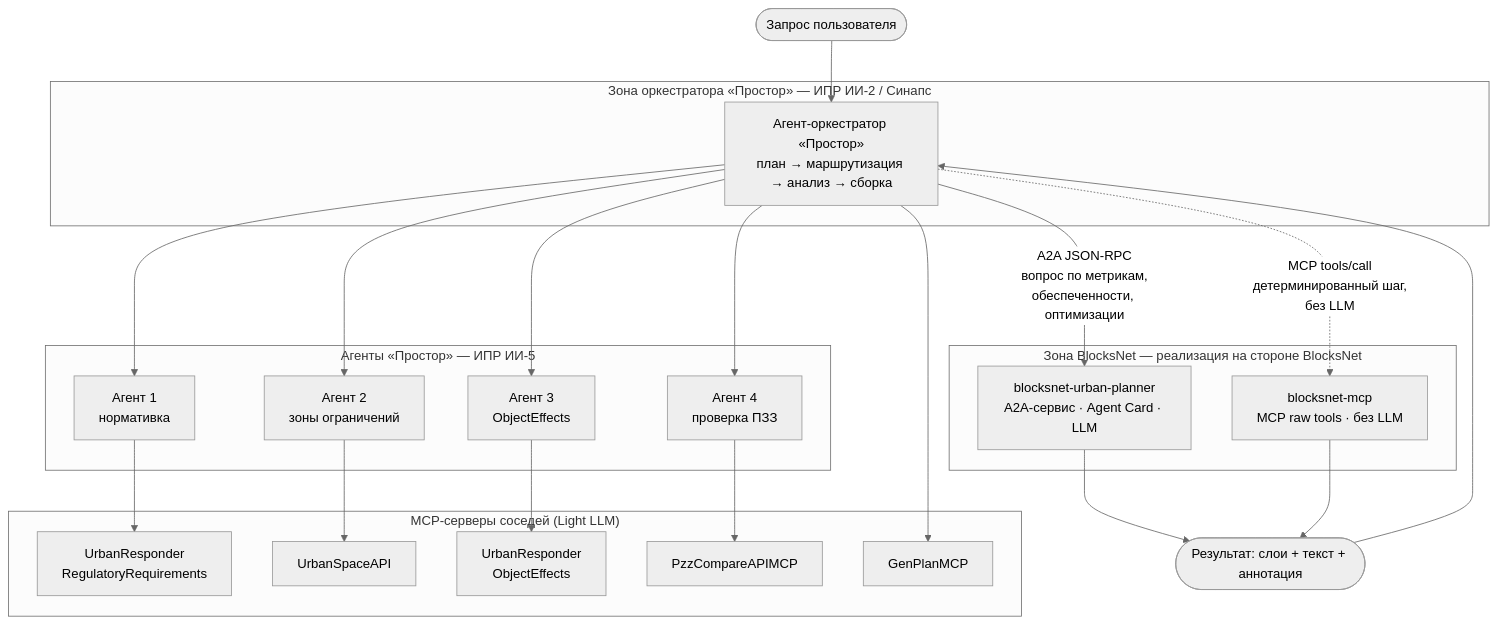
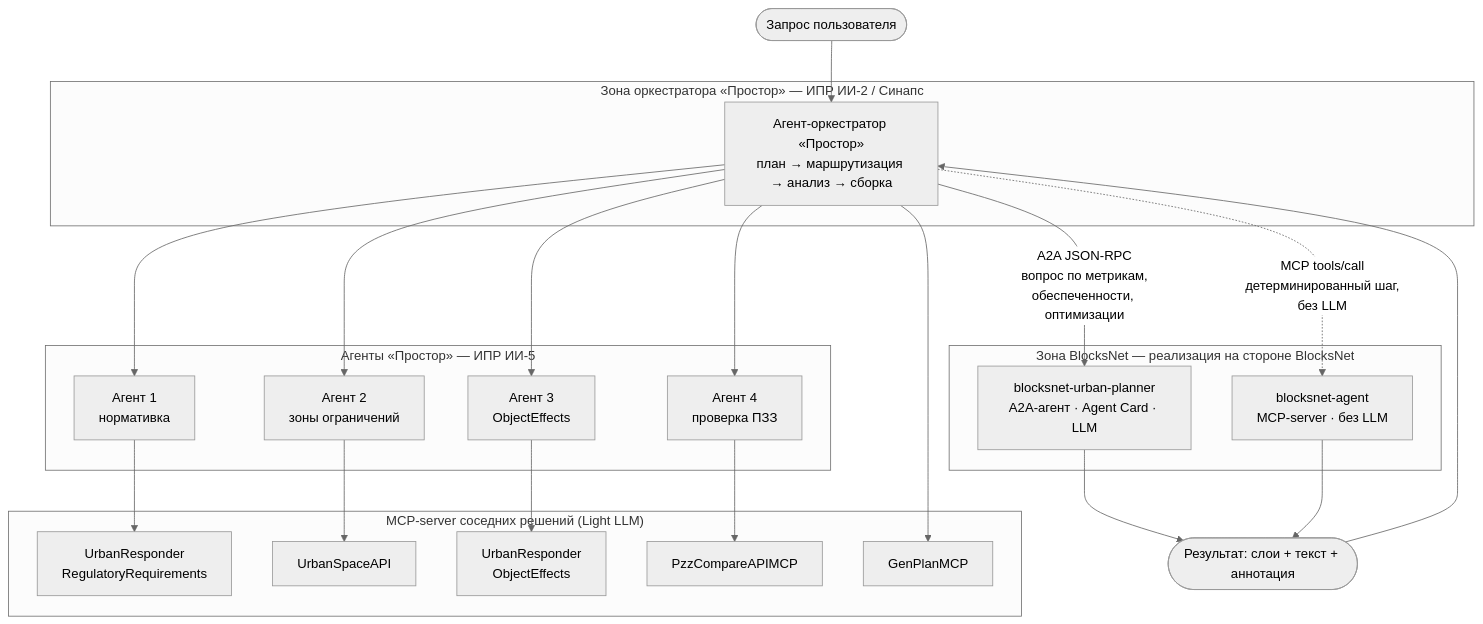
Before and after one commit to Eynor-K/blocksnet-agent: the first of 5 diagrams in docs/dev/architecture/mas_topology.md, drawn with Mermaid (neutral theme). The commit also changed other lines of this file and 33 other files, not shown here.

Commit message:
Update documentation and structure for blocksnet-agent; rename MCP-server and A2A-service references to align with new architecture. Add .drawio.bkp to .gitignore.

````diff
--- a/docs/dev/architecture/mas_topology.md
+++ b/docs/dev/architecture/mas_topology.md
@@ -16,41 +16,41 @@
 ```mermaid
 flowchart TB
     U(["Запрос пользователя"]) --> ORCH
 
     subgraph PROSTOR["Зона оркестратора «Простор» — ИПР ИИ-2 / Синапс"]
         ORCH["Агент-оркестратор «Простор»<br/>план → маршрутизация → анализ → сборка"]
     end
 
     subgraph AGENTS["Агенты «Простор» — ИПР ИИ-5"]
         A1["Агент 1<br/>нормативка"]
         A2["Агент 2<br/>зоны ограничений"]
         A3["Агент 3<br/>ObjectEffects"]
         A4["Агент 4<br/>проверка ПЗЗ"]
     end
 
-    subgraph MCPS["MCP-серверы соседей (Light LLM)"]
+    subgraph MCPS["MCP-server соседних решений (Light LLM)"]
         M1["UrbanResponder<br/>RegulatoryRequirements"]
         M2["UrbanSpaceAPI"]
         M3["UrbanResponder<br/>ObjectEffects"]
         M4["PzzCompareAPIMCP"]
         M5["GenPlanMCP"]
     end
 
     subgraph BN["Зона BlocksNet — реализация на стороне BlocksNet"]
-        BNA["blocksnet-urban-planner<br/>A2A-сервис · Agent Card · LLM"]
-        BNM["blocksnet-mcp<br/>MCP raw tools · без LLM"]
+        BNA["blocksnet-urban-planner<br/>A2A-агент · Agent Card · LLM"]
+        BNM["blocksnet-agent<br/>MCP-server · без LLM"]
     end
 
     ORCH --> A1 --> M1
     ORCH --> A2 --> M2
     ORCH --> A3 --> M3
     ORCH --> A4 --> M4
     ORCH --> M5
 
     ORCH -->|"A2A JSON-RPC<br/>вопрос по метрикам,<br/>обеспеченности, оптимизации"| BNA
     ORCH -.->|"MCP tools/call<br/>детерминированный шаг,<br/>без LLM"| BNM
 
     BNA --> RES(["Результат: слои + текст + аннотация"])
     BNM --> RES
     RES --> ORCH
 ```
````
